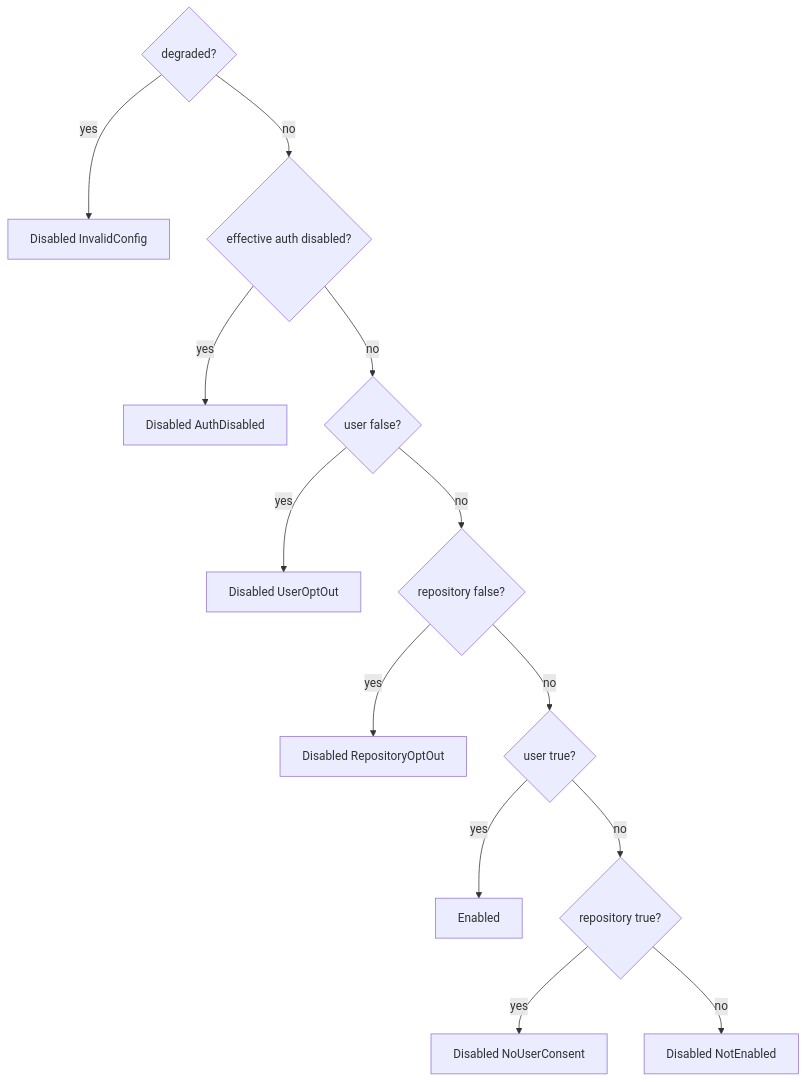
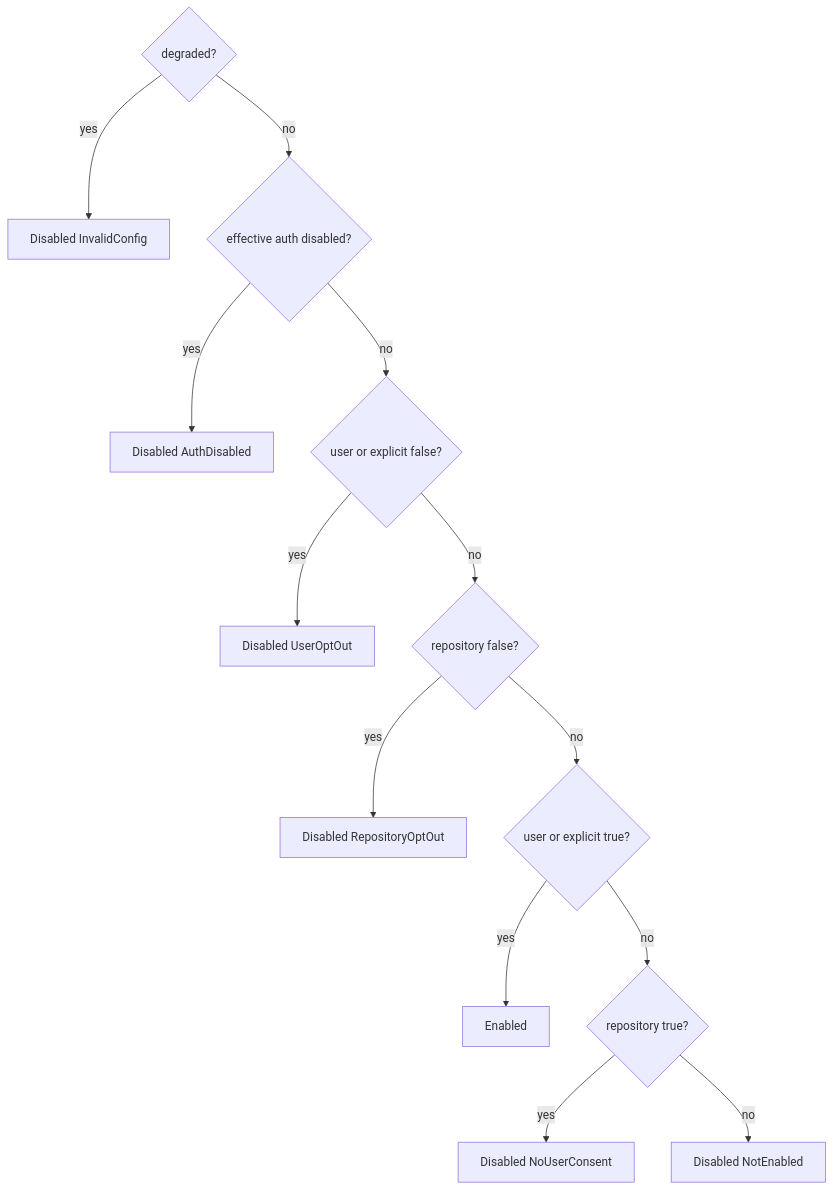
One commit to crocoder-dev/shared-context-engineering changed the diagram in context/cli/access-policy.md. Above: the diagram before and after it, drawn with Mermaid. The commit also changed other lines of this file and 13 other files, not shown here.

````diff
--- a/context/cli/access-policy.md
+++ b/context/cli/access-policy.md
@@ -27,15 +43,15 @@
 ```mermaid
 flowchart TD
   D{degraded?} -- yes --> I[Disabled InvalidConfig]
   D -- no --> A{effective auth disabled?}
   A -- yes --> AD[Disabled AuthDisabled]
-  A -- no --> U0{user false?}
+  A -- no --> U0{user or explicit false?}
   U0 -- yes --> UO[Disabled UserOptOut]
   U0 -- no --> R0{repository false?}
   R0 -- yes --> RO[Disabled RepositoryOptOut]
-  R0 -- no --> U1{user true?}
+  R0 -- no --> U1{user or explicit true?}
   U1 -- yes --> E[Enabled]
   U1 -- no --> R1{repository true?}
   R1 -- yes --> NC[Disabled NoUserConsent]
   R1 -- no --> NE[Disabled NotEnabled]
 ```
````
